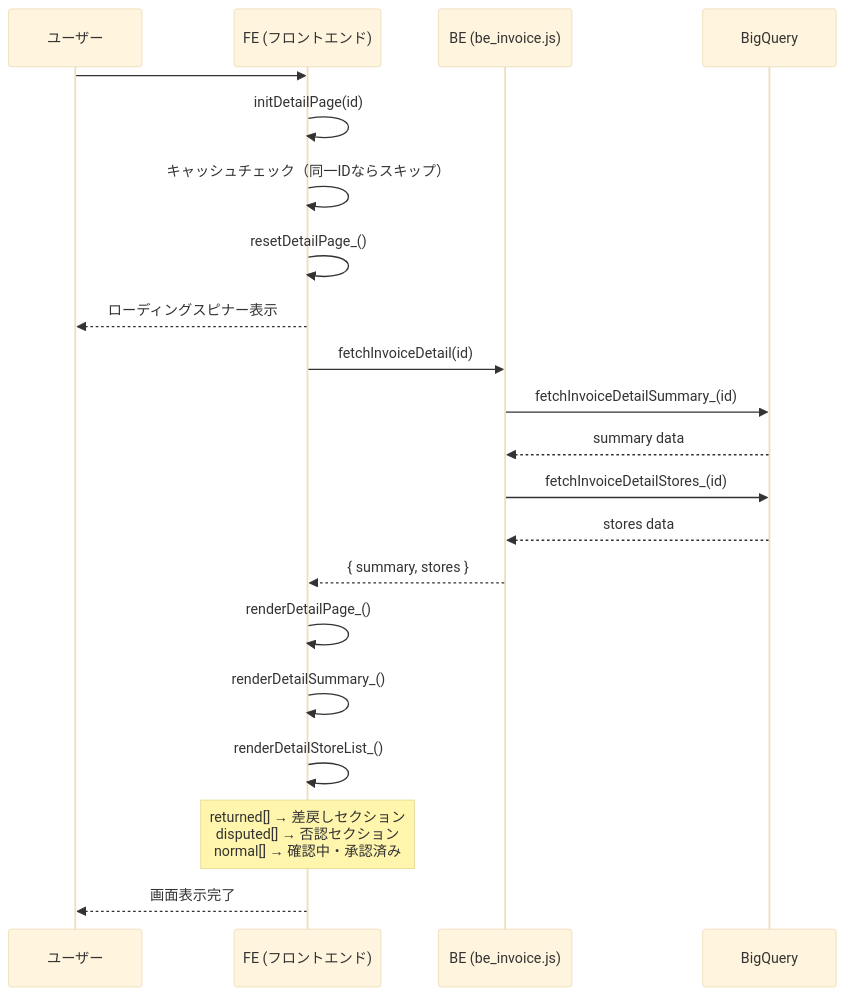
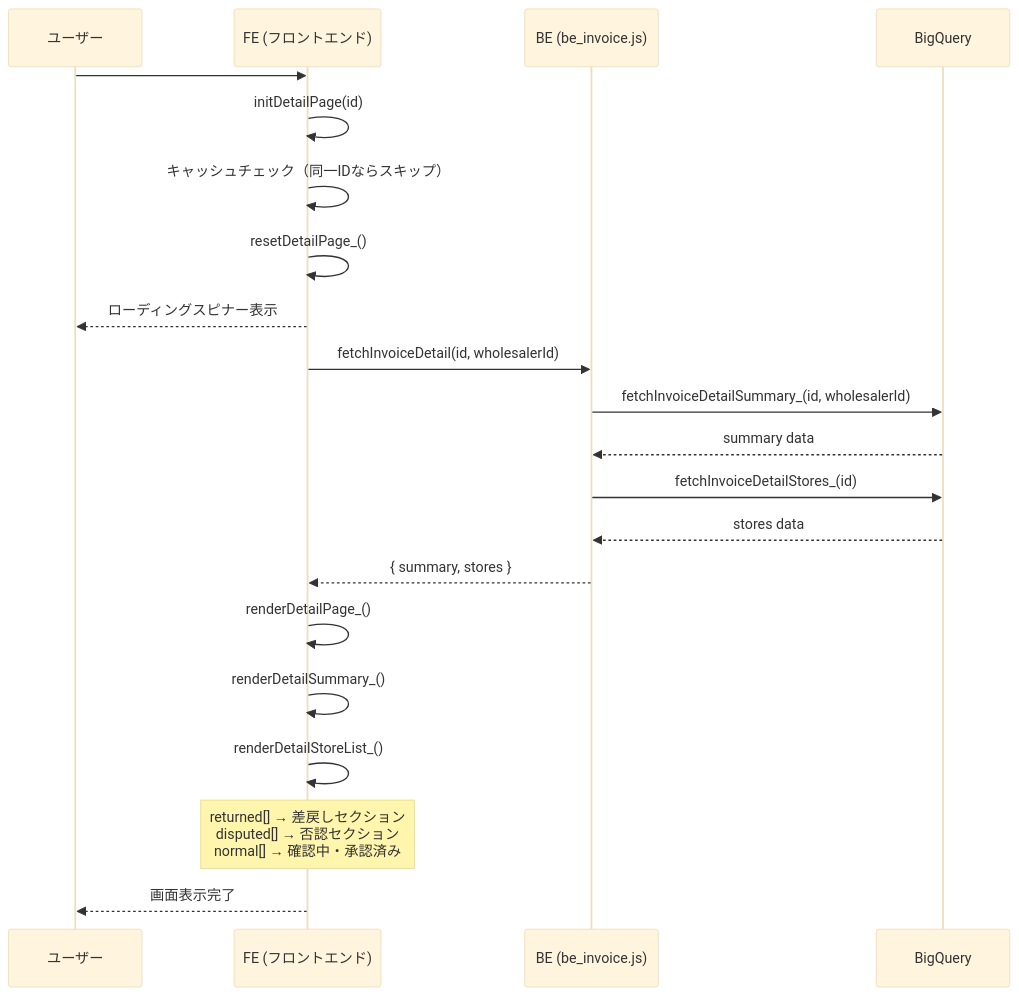
The fifth of 17 diagrams in docs/specifications/04_detail_page.md (USEN-PAY-Products/connect-wholesale-gas-poc), drawn with Mermaid (base theme) before and after one commit. The commit also changed other lines of this file and 8 other files, not shown here.

````diff
--- a/docs/specifications/04_detail_page.md
+++ b/docs/specifications/04_detail_page.md
@@ -174,26 +174,26 @@
 ```mermaid
 sequenceDiagram
     participant U as ユーザー
     participant FE as FE (フロントエンド)
     participant BE as BE (be_invoice.js)
     participant BQ as BigQuery
 
     U->>FE: #detail?invoiceId=xxx アクセス
     FE->>FE: initDetailPage(id)
     FE->>FE: キャッシュチェック（同一IDならスキップ）
     FE->>FE: resetDetailPage_()
     FE-->>U: ローディングスピナー表示
 
-    FE->>BE: fetchInvoiceDetail(id)
-    BE->>BQ: fetchInvoiceDetailSummary_(id)
+    FE->>BE: fetchInvoiceDetail(id, wholesalerId)
+    BE->>BQ: fetchInvoiceDetailSummary_(id, wholesalerId)
     BQ-->>BE: summary data
     BE->>BQ: fetchInvoiceDetailStores_(id)
     BQ-->>BE: stores data
     BE-->>FE: { summary, stores }
 
     FE->>FE: renderDetailPage_()
     FE->>FE: renderDetailSummary_()
     FE->>FE: renderDetailStoreList_()
     Note over FE: returned[] → 差戻しセクション<br/>disputed[] → 否認セクション<br/>normal[] → 確認中・承認済み
     FE-->>U: 画面表示完了
 ```
````
